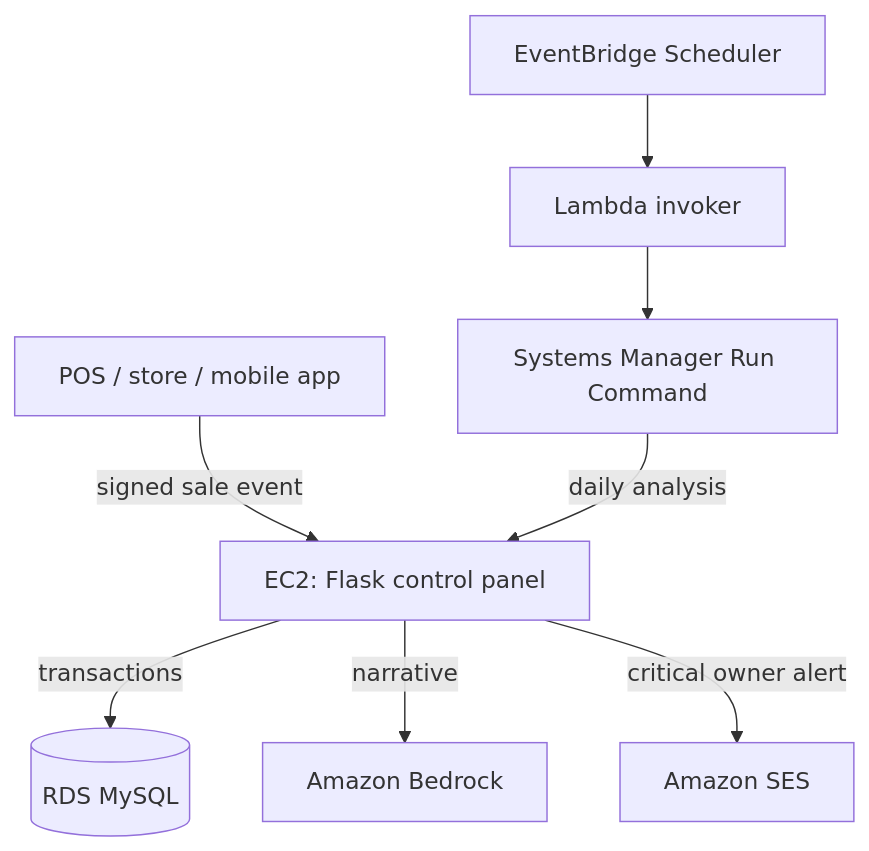
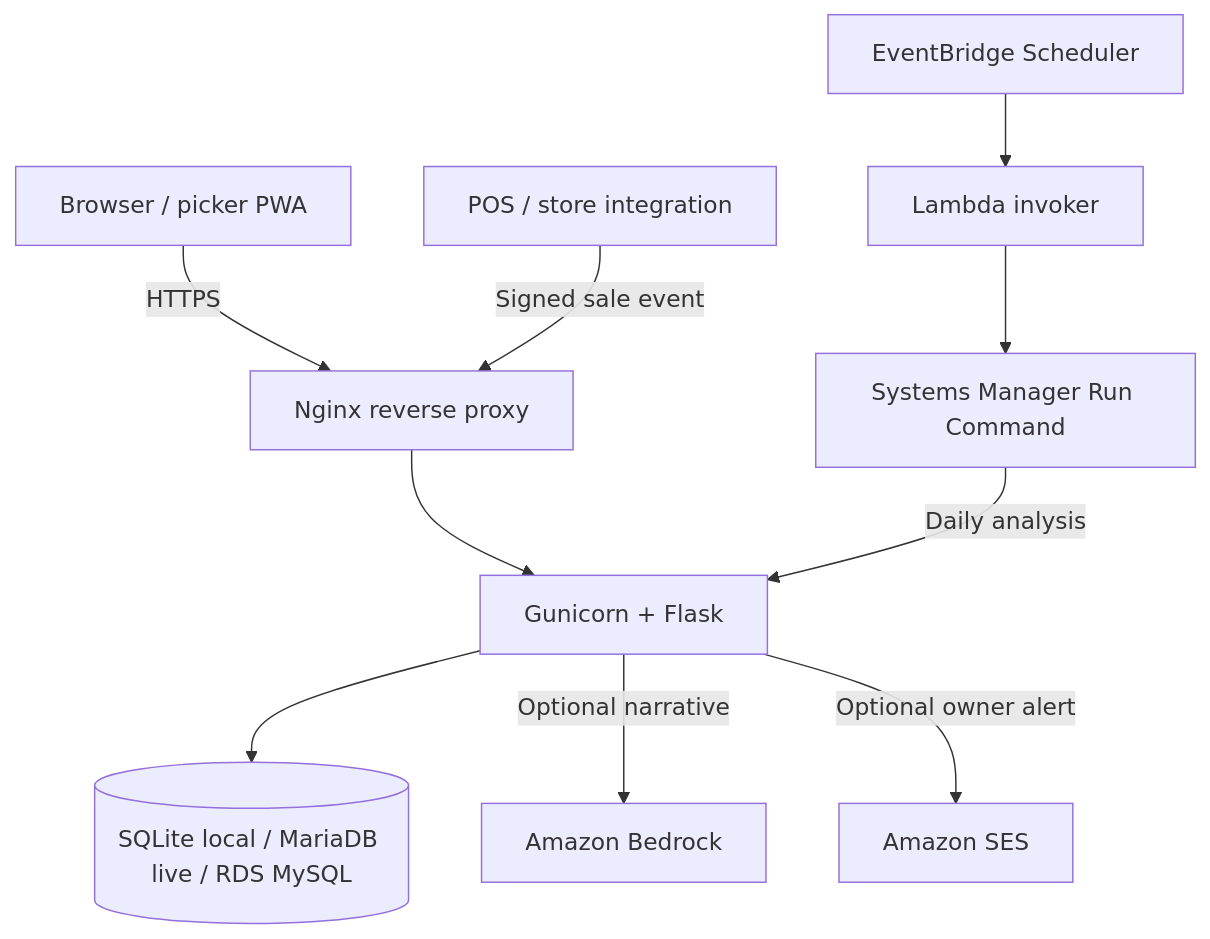
One commit to chaudharysuryapratap/StockPilot-AI-Inventory-Tracker-Management changed the diagram in README.md. Above: the diagram before and after it, drawn with Mermaid. The commit also changed other lines of this file and 4 other files, not shown here.

Commit message:
Document live deployment, screenshots, and local setup

````diff
--- a/README.md
+++ b/README.md
@@ -21,10 +37,12 @@
 ```mermaid
 flowchart TD
-    POS[POS / store / mobile app] -->|signed sale event| EC2[EC2: Flask control panel]
-    EC2 -->|transactions| RDS[(RDS MySQL)]
-    Scheduler[EventBridge Scheduler] --> Invoker[Lambda invoker]
-    Invoker --> SSM[Systems Manager Run Command]
-    SSM -->|daily analysis| EC2
-    EC2 -->|narrative| Bedrock[Amazon Bedrock]
-    EC2 -->|critical owner alert| SES[Amazon SES]
+    Browser["Browser / picker PWA"] -->|"HTTPS"| Nginx["Nginx reverse proxy"]
+    POS["POS / store integration"] -->|"Signed sale event"| Nginx
+    Nginx --> App["Gunicorn + Flask"]
+    App --> SQL[("SQLite local / MariaDB live / RDS MySQL")]
+    Scheduler["EventBridge Scheduler"] --> Invoker["Lambda invoker"]
+    Invoker --> SSM["Systems Manager Run Command"]
+    SSM -->|"Daily analysis"| App
+    App -->|"Optional narrative"| Bedrock["Amazon Bedrock"]
+    App -->|"Optional owner alert"| SES["Amazon SES"]
 ```
````
